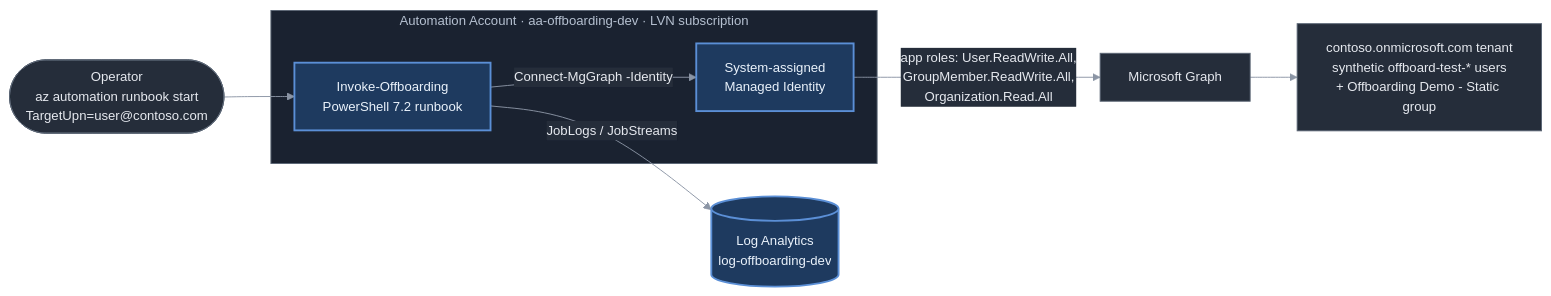
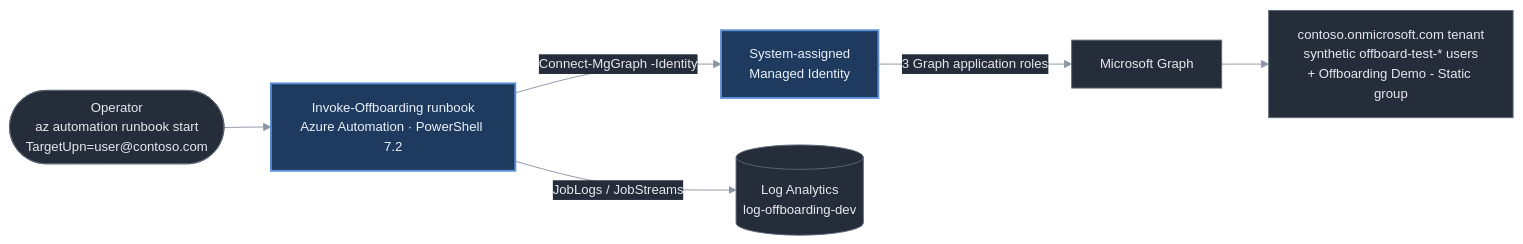
The diagram in docs/architecture.md (realitylvn/m365-offboarding-automator), drawn with Mermaid before and after one commit. The commit also changed 1 other file, not shown here.

Commit message:
docs: match azure-cost-sentinel diagram convention exactly
Dropped the subgraph — GitHub does not reliably honour the clusterBkg
themeVariable (rendered a light tan container despite the dark value; mermaid-cli
showed it dark, so local render missed it). azure-cost-sentinel has no subgraphs
and never hit this. Now: cost-sentinel's exact init block (no cluster keys),
same classDef built/ext, same shape vocabulary (stadium entry point, plain
service nodes, cylinder datastore). "Automation Account" moved to the runbook
node label. Both themes verified with mermaid-cli.

````diff
--- a/docs/architecture.md
+++ b/docs/architecture.md
@@ -3,30 +3,22 @@
 ```mermaid
 %%{init: {'theme':'base', 'themeVariables': {
   'fontSize':'14px',
   'primaryColor':'#252d3a',
   'primaryTextColor':'#e6e9ef',
   'primaryBorderColor':'#5b6675',
   'lineColor':'#8b95a5',
   'textColor':'#e6e9ef',
-  'edgeLabelBackground':'#252d3a',
-  'clusterBkg':'#1a2230',
-  'clusterBorder':'#5b6675'
+  'edgeLabelBackground':'#252d3a'
 }}}%%
 flowchart LR
-  op(["Operator<br/>az automation runbook start<br/>TargetUpn=user@contoso.com"]) --> rb
+    op(["Operator<br/>az automation runbook start<br/>TargetUpn=user@contoso.com"]) --> rb["Invoke-Offboarding runbook<br/>Azure Automation · PowerShell 7.2"]
+    rb -->|"Connect-MgGraph -Identity"| mi["System-assigned<br/>Managed Identity"]
+    mi -->|"3 Graph application roles"| msgraph["Microsoft Graph"]
+    msgraph --> tenant["contoso.onmicrosoft.com tenant<br/>synthetic offboard-test-* users<br/>+ Offboarding Demo - Static group"]
+    rb -->|"JobLogs / JobStreams"| law[("Log Analytics<br/>log-offboarding-dev")]
 
-  subgraph AA["Automation Account · aa-offboarding-dev · LVN subscription"]
-    rb["Invoke-Offboarding<br/>PowerShell 7.2 runbook"]
-    mi["System-assigned<br/>Managed Identity"]
-  end
-
-  rb -->|"Connect-MgGraph -Identity"| mi
-  mi -->|"app roles: User.ReadWrite.All,<br/>GroupMember.ReadWrite.All,<br/>Organization.Read.All"| msgraph["Microsoft Graph"]
-  msgraph --> tenant["contoso.onmicrosoft.com tenant<br/>synthetic offboard-test-* users<br/>+ Offboarding Demo - Static group"]
-  rb -->|"JobLogs / JobStreams"| law[("Log Analytics<br/>log-offboarding-dev")]
-
-  classDef built fill:#1e3a5f,stroke:#5b8fd6,stroke-width:2px,color:#eaf2fb;
-  classDef ext fill:#252d3a,stroke:#5b6675,color:#e6e9ef;
-  class rb,mi,law built;
-  class op,msgraph,tenant ext;
+    classDef built fill:#1e3a5f,stroke:#5b8fd6,stroke-width:2px,color:#eaf2fb;
+    classDef ext fill:#252d3a,stroke:#5b6675,color:#e6e9ef;
+    class rb,mi built;
+    class op,msgraph,tenant,law ext;
 ```
````
